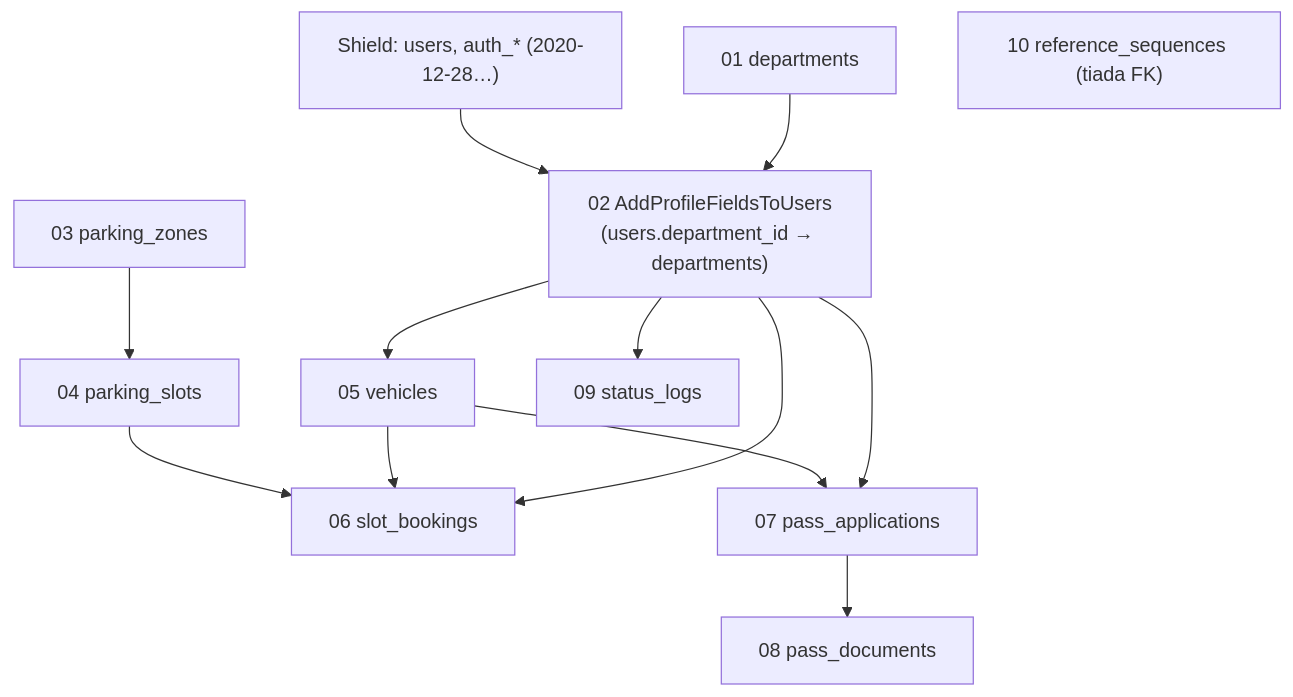
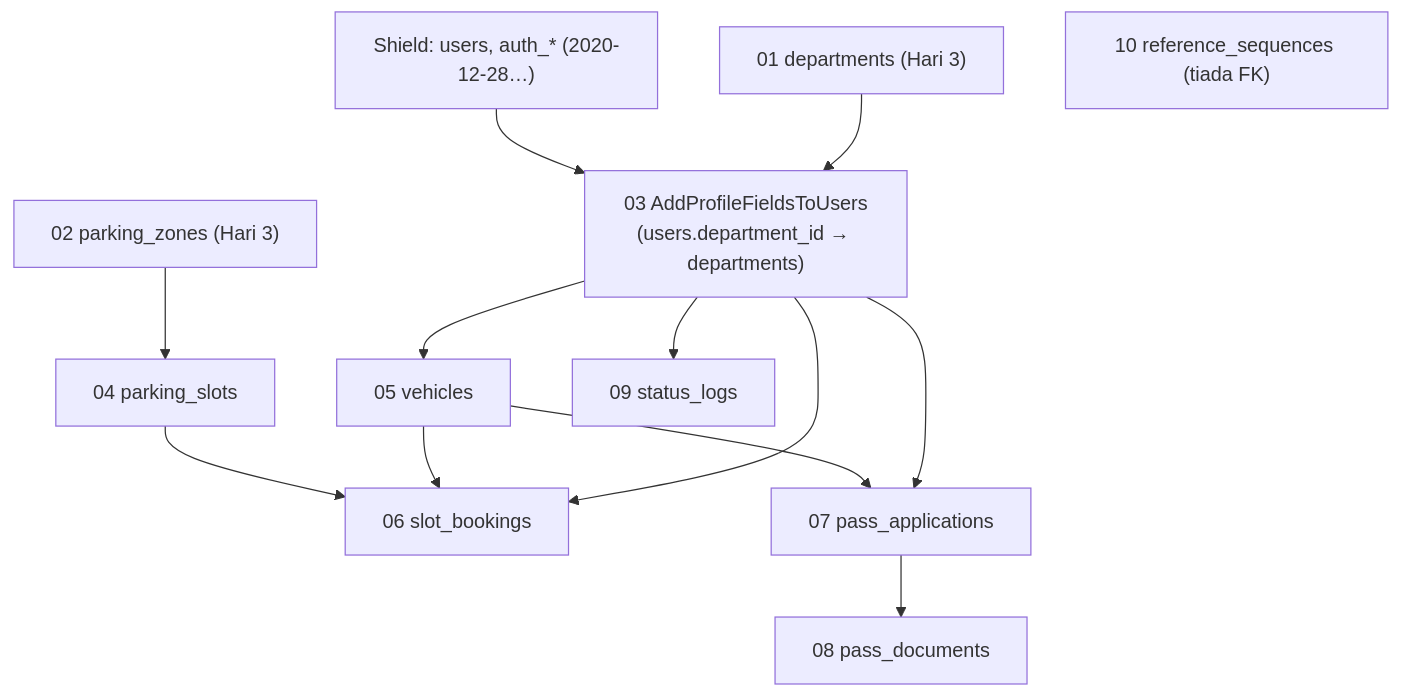
One commit to habibtalib/coach-codeigniter-10-hari-kkm-peserta changed the third of 4 diagrams in hari-4/README.md. Above: the diagram before and after it, drawn with Mermaid. The commit also changed other lines of this file and 73 other files, not shown here.

````diff
--- a/hari-4/README.md
+++ b/hari-4/README.md
@@ -331,15 +341,15 @@
 ```mermaid
 flowchart TD
     S["Shield: users, auth_* (2020-12-28…)"] --> U2
-    D["01 departments"] --> U2["02 AddProfileFieldsToUsers<br/>(users.department_id → departments)"]
-    Z["03 parking_zones"] --> PS["04 parking_slots"]
+    D["01 departments (Hari 3)"] --> U2["03 AddProfileFieldsToUsers<br/>(users.department_id → departments)"]
+    Z["02 parking_zones (Hari 3)"] --> PS["04 parking_slots"]
     U2 --> V["05 vehicles"]
     PS --> SB["06 slot_bookings"]
     V --> SB
     U2 --> SB
     V --> PA["07 pass_applications"]
     U2 --> PA
     PA --> PD["08 pass_documents"]
     U2 --> SL["09 status_logs"]
     RS["10 reference_sequences (tiada FK)"]
 ```
````
